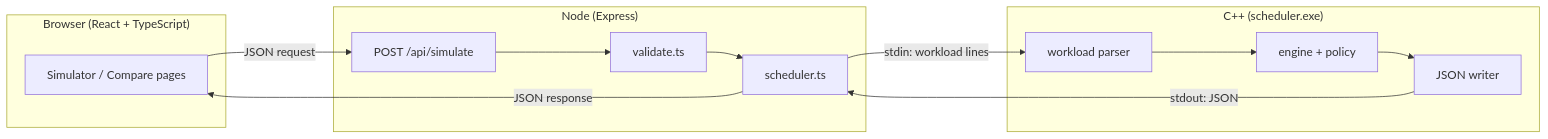
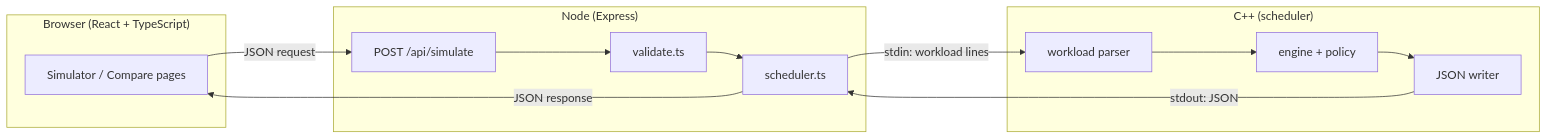
The diagram in docs/architecture/overview.md (ayushchoudhary01/cpu-task-scheduler), drawn with Mermaid before and after one commit. The commit also changed 11 other files, not shown here.

````diff
--- a/docs/architecture/overview.md
+++ b/docs/architecture/overview.md
@@ -5,24 +5,24 @@
 ```mermaid
 flowchart LR
     subgraph browser["Browser (React + TypeScript)"]
         UI["Simulator / Compare pages"]
     end
     subgraph node["Node (Express)"]
         API["POST /api/simulate"]
         VAL["validate.ts"]
         SPAWN["scheduler.ts"]
     end
-    subgraph cpp["C++ (scheduler.exe)"]
+    subgraph cpp["C++ (scheduler)"]
         PARSE["workload parser"]
         ENGINE["engine + policy"]
         OUT["JSON writer"]
     end
 
     UI -- "JSON request" --> API
     API --> VAL
     VAL --> SPAWN
     SPAWN -- "stdin: workload lines" --> PARSE
     PARSE --> ENGINE --> OUT
     OUT -- "stdout: JSON" --> SPAWN
     SPAWN -- "JSON response" --> UI
 ```
````
